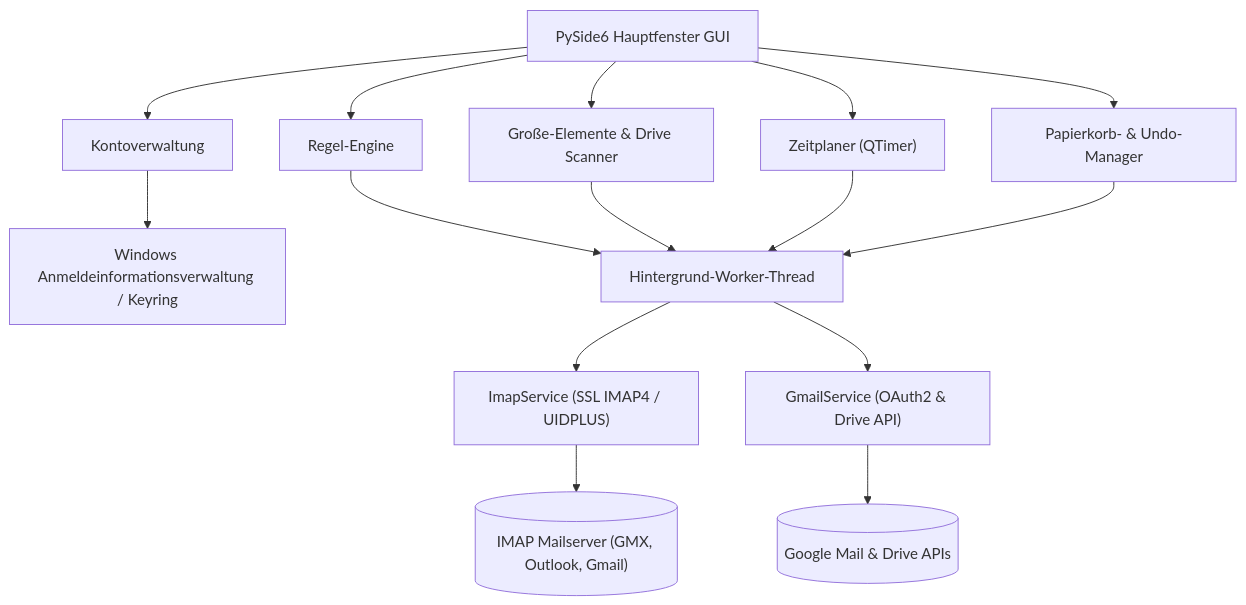
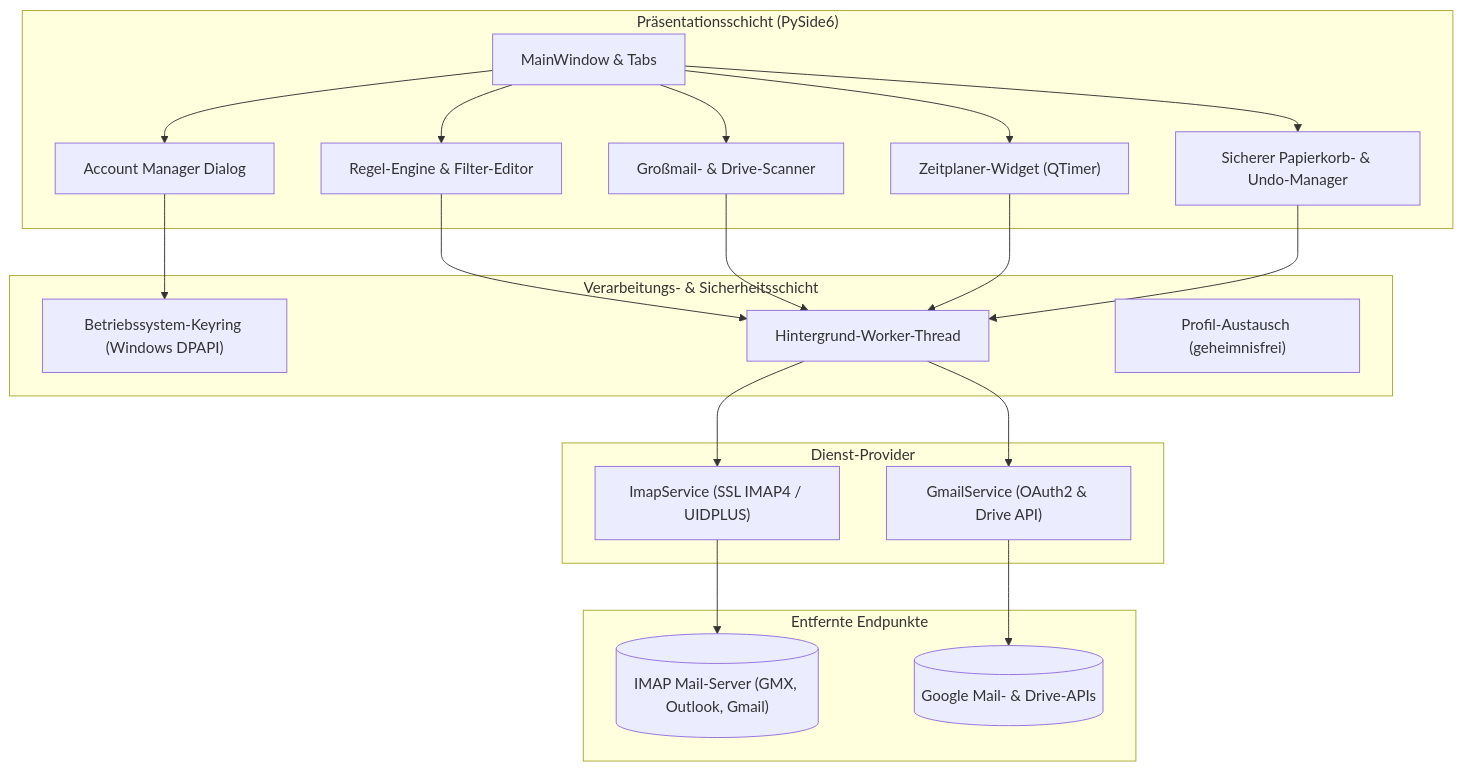
Before and after one commit to doc-bricks/UniversalMailCleaner: the first of 2 diagrams in README_de.md, drawn with Mermaid. The commit also changed other lines of this file and 8 other files, not shown here.

Commit message:
docs(marketing): Pfad B discoverability, dual Mermaid diagrams, 10 invariants, and contract testing (v1.2.0) [G 2026-09-12]

````diff
--- a/README_de.md
+++ b/README_de.md
@@ -36,20 +49,45 @@
 ```mermaid
-graph TD
-    UI["PySide6 Hauptfenster GUI"] --> AC["Kontoverwaltung"]
-    UI --> RL["Regel-Engine"]
-    UI --> LS["Große-Elemente & Drive Scanner"]
-    UI --> SC["Zeitplaner (QTimer)"]
-    UI --> ST["Papierkorb- & Undo-Manager"]
+flowchart TD
+    subgraph UI["Präsentationsschicht (PySide6)"]
+        MW["MainWindow & Tabs"]
+        AC["Account Manager Dialog"]
+        RL["Regel-Engine & Filter-Editor"]
+        LS["Großmail- & Drive-Scanner"]
+        SC["Zeitplaner-Widget (QTimer)"]
+        ST["Sicherer Papierkorb- & Undo-Manager"]
+    end
 
-    AC --> KR["Windows Anmeldeinformationsverwaltung / Keyring"]
-    RL --> WK["Hintergrund-Worker-Thread"]
+    subgraph Core["Verarbeitungs- & Sicherheitsschicht"]
+        KR["Betriebssystem-Keyring (Windows DPAPI)"]
+        WK["Hintergrund-Worker-Thread"]
+        PE["Profil-Austausch (geheimnisfrei)"]
+    end
+
+    subgraph Service["Dienst-Provider"]
+        IMAP["ImapService (SSL IMAP4 / UIDPLUS)"]
+        GMAIL["GmailService (OAuth2 & Drive API)"]
+    end
+
+    subgraph Remote["Entfernte Endpunkte"]
+        SRV[("IMAP Mail-Server (GMX, Outlook, Gmail)")]
+        GOOG[("Google Mail- & Drive-APIs")]
+    end
+
+    MW --> AC
+    MW --> RL
+    MW --> LS
+    MW --> SC
+    MW --> ST
+
+    AC --> KR
+    RL --> WK
     LS --> WK
     SC --> WK
     ST --> WK
 
-    WK --> IMAP["ImapService (SSL IMAP4 / UIDPLUS)"]
-    WK --> GMAIL["GmailService (OAuth2 & Drive API)"]
+    WK --> IMAP
+    WK --> GMAIL
 
-    IMAP --> SRV[("IMAP Mailserver (GMX, Outlook, Gmail)")]
-    GMAIL --> GOOG[("Google Mail & Drive APIs")]
+    IMAP --> SRV
+    GMAIL --> GOOG
 ```
````
